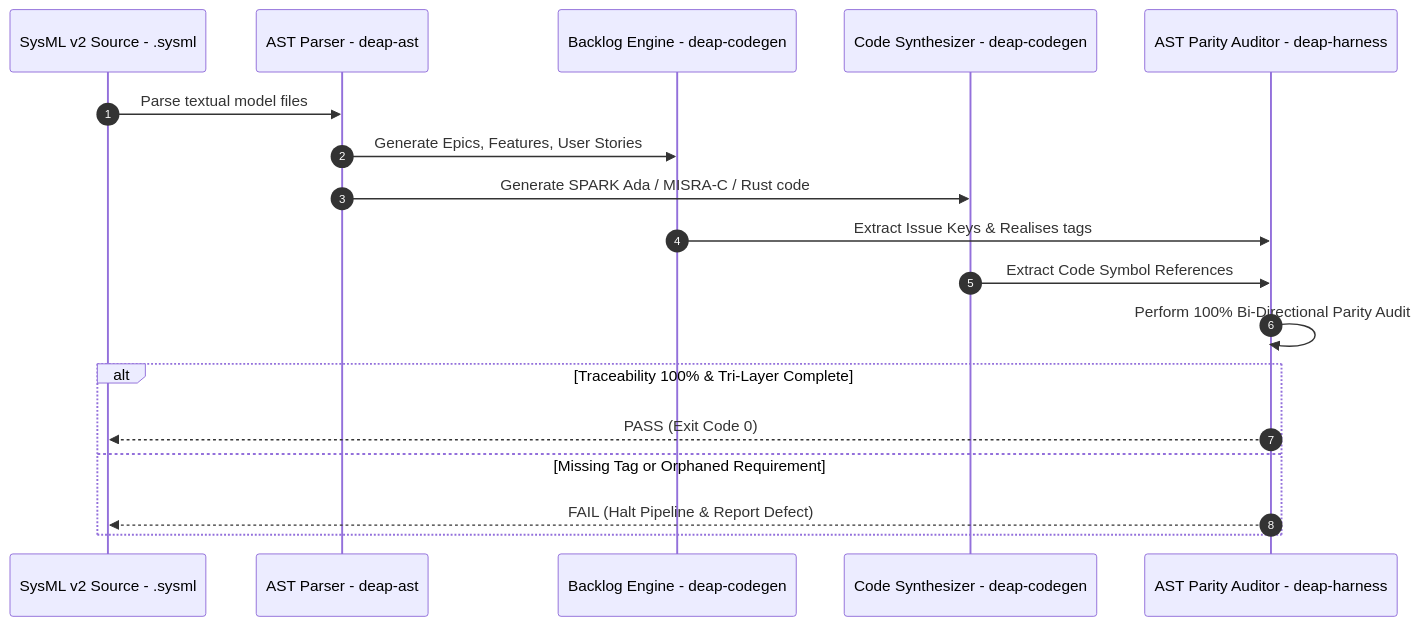
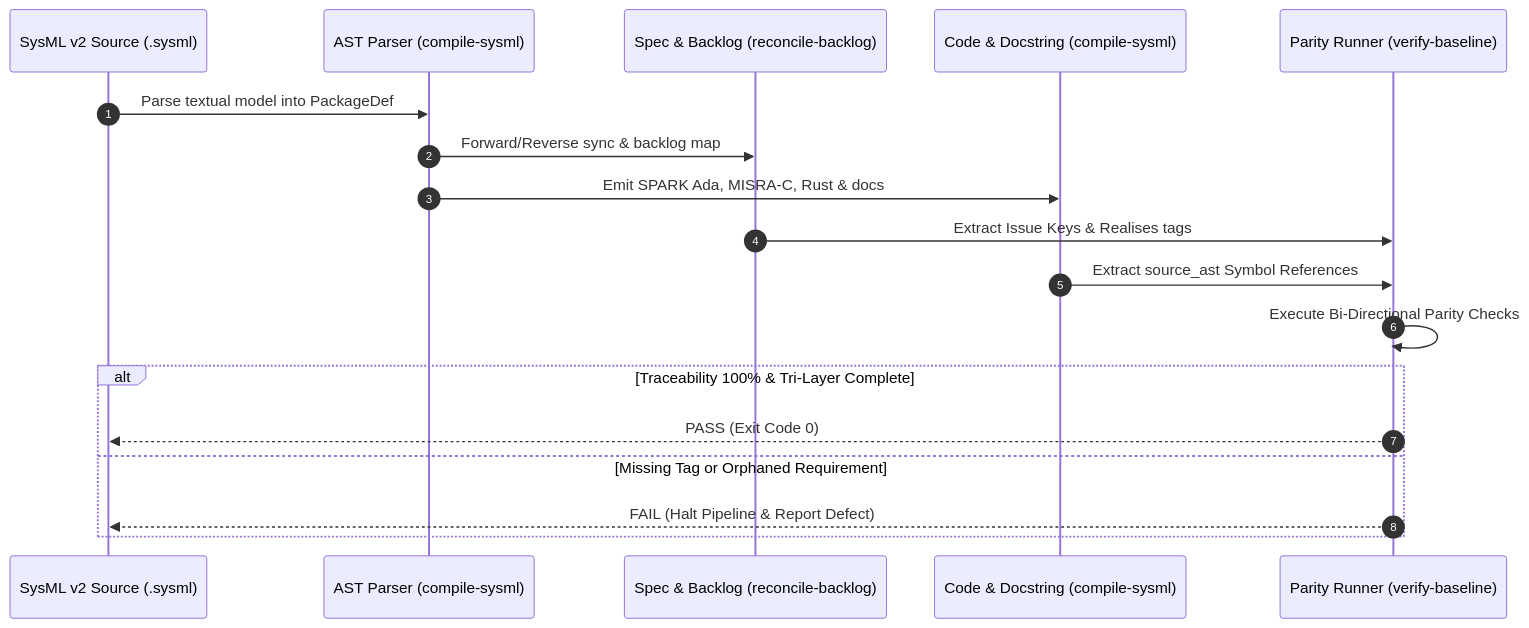
Before and after one commit to gintatkinson/DEAP01-spec-core: the seventh of 8 diagrams in docs/architecture/blueprints/DEAP_SYSML_V2_INGESTION_ENGINE_BLUEPRINT.md, drawn with Mermaid. The commit also changed other lines of this file and 28 other files, not shown here.

Commit message:
feat(verify-baseline,deap-core,compile-sysml): implement Option C blueprint capabilities and Check 37 blueprint grounding gate

````diff
--- a/docs/architecture/blueprints/DEAP_SYSML_V2_INGESTION_ENGINE_BLUEPRINT.md
+++ b/docs/architecture/blueprints/DEAP_SYSML_V2_INGESTION_ENGINE_BLUEPRINT.md
@@ -522,21 +873,21 @@
 ```mermaid
 sequenceDiagram
     autonumber
-    participant SysML as SysML v2 Source - .sysml
-    participant Parser as AST Parser - deap-ast
-    participant Backlog as Backlog Engine - deap-codegen
-    participant Synthesizer as Code Synthesizer - deap-codegen
-    participant Gate as AST Parity Auditor - deap-harness
+    participant SysML as SysML v2 Source (.sysml)
+    participant Parser as AST Parser (compile-sysml)
+    participant Sync as Spec & Backlog (reconcile-backlog)
+    participant Synth as Code & Docstring (compile-sysml)
+    participant Gate as Parity Runner (verify-baseline)
 
-    SysML->>Parser: Parse textual model files
-    Parser->>Backlog: Generate Epics, Features, User Stories
-    Parser->>Synthesizer: Generate SPARK Ada / MISRA-C / Rust code
-    Backlog->>Gate: Extract Issue Keys & Realises tags
-    Synthesizer->>Gate: Extract Code Symbol References
-    Gate->>Gate: Perform 100% Bi-Directional Parity Audit
+    SysML->>Parser: Parse textual model into PackageDef
+    Parser->>Sync: Forward/Reverse sync & backlog map
+    Parser->>Synth: Emit SPARK Ada, MISRA-C, Rust & docs
+    Sync->>Gate: Extract Issue Keys & Realises tags
+    Synth->>Gate: Extract source_ast Symbol References
+    Gate->>Gate: Execute Bi-Directional Parity Checks
     alt Traceability 100% & Tri-Layer Complete
         Gate-->>SysML: PASS (Exit Code 0)
     else Missing Tag or Orphaned Requirement
         Gate-->>SysML: FAIL (Halt Pipeline & Report Defect)
     end
 ```
````
